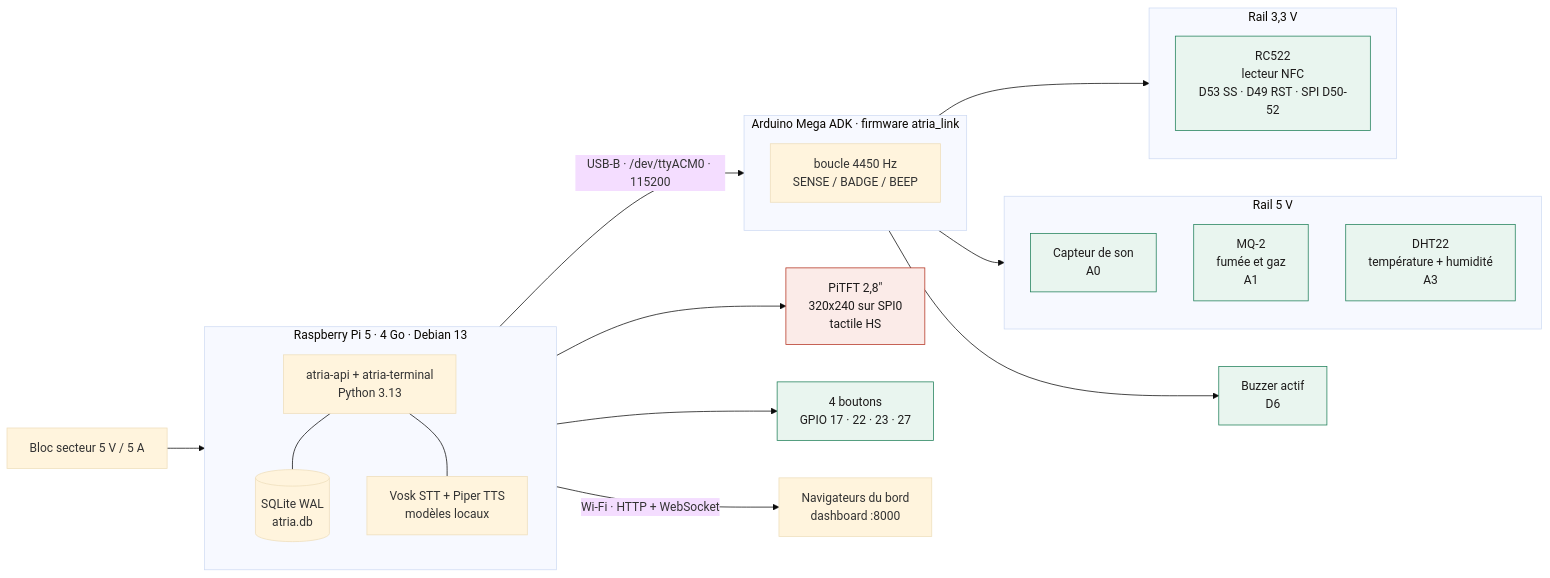
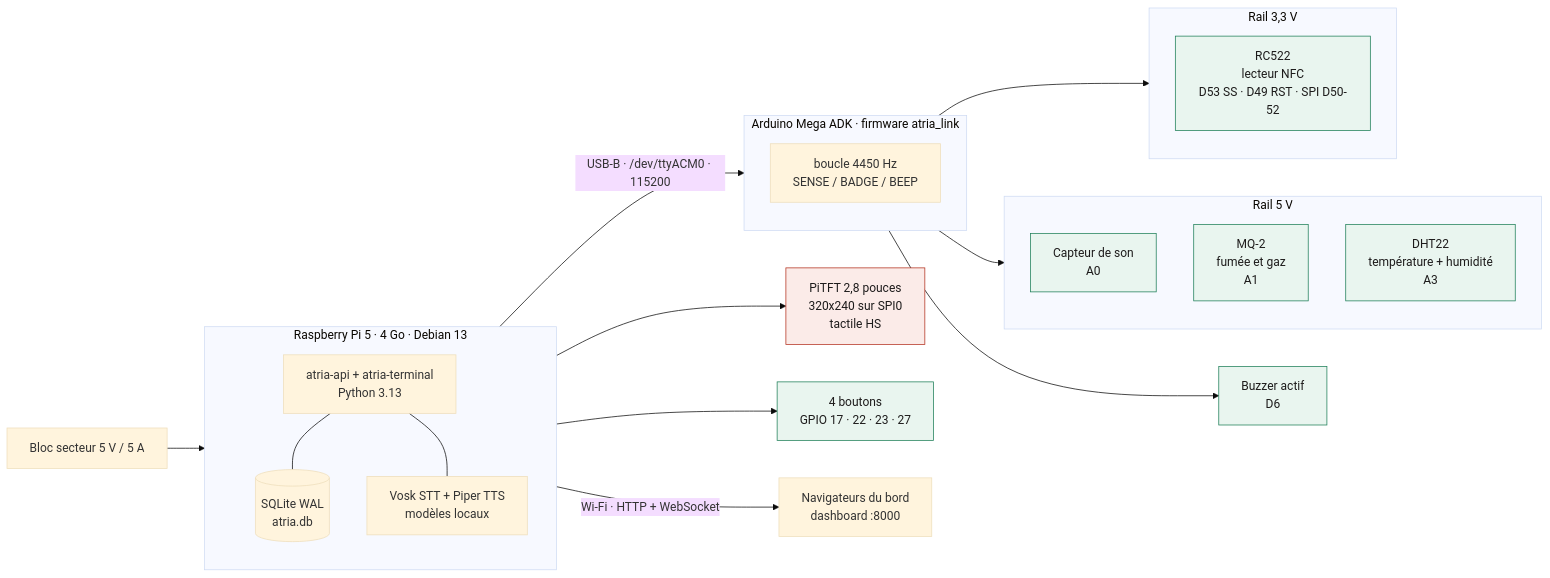
The first of 3 diagrams in docs/montage.md (AirKyzzZ/workshop-2026), drawn with Mermaid (base theme) before and after one commit.

Commit message:
docs: corrige le parse mermaid du schema de montage

````diff
--- a/docs/montage.md
+++ b/docs/montage.md
@@ -9,45 +9,45 @@
 ```mermaid
 graph LR
   SECTEUR["Bloc secteur 5 V / 5 A"]
 
   subgraph PI["Raspberry Pi 5 · 4 Go · Debian 13"]
     SERVICES["atria-api + atria-terminal<br/>Python 3.13"]
     BASE[("SQLite WAL<br/>atria.db")]
     VOIX["Vosk STT + Piper TTS<br/>modèles locaux"]
   end
 
   subgraph MEGA["Arduino Mega ADK · firmware atria_link"]
     LOOP["boucle 4450 Hz<br/>SENSE / BADGE / BEEP"]
   end
 
   subgraph R33["Rail 3,3 V"]
     RC522["RC522<br/>lecteur NFC<br/>D53 SS · D49 RST · SPI D50-52"]
   end
 
   subgraph R5["Rail 5 V"]
     MIC["Capteur de son<br/>A0"]
     MQ2["MQ-2<br/>fumée et gaz<br/>A1"]
     DHT["DHT22<br/>température + humidité<br/>A3"]
   end
 
-  PITFT["PiTFT 2,8&quot;<br/>320x240 sur SPI0<br/>tactile HS"]
+  PITFT["PiTFT 2,8 pouces<br/>320x240 sur SPI0<br/>tactile HS"]
   BOUTONS["4 boutons<br/>GPIO 17 · 22 · 23 · 27"]
   BUZZER["Buzzer actif<br/>D6"]
   CLIENTS["Navigateurs du bord<br/>dashboard :8000"]
 
   SECTEUR --> PI
   PI -- "USB-B · /dev/ttyACM0 · 115200" --> MEGA
   PI --> PITFT
   PI --> BOUTONS
   MEGA --> R33
   MEGA --> R5
   MEGA --> BUZZER
   SERVICES --- BASE
   SERVICES --- VOIX
   PI -- "Wi-Fi · HTTP + WebSocket" --> CLIENTS
 
   classDef ok fill:#E9F5EF,stroke:#1E7F58,color:#1D1B1B;
   classDef hs fill:#FBEBE8,stroke:#B3311F,color:#1D1B1B;
   class RC522,MIC,MQ2,DHT,BUZZER,BOUTONS ok;
   class PITFT hs;
 ```
````
